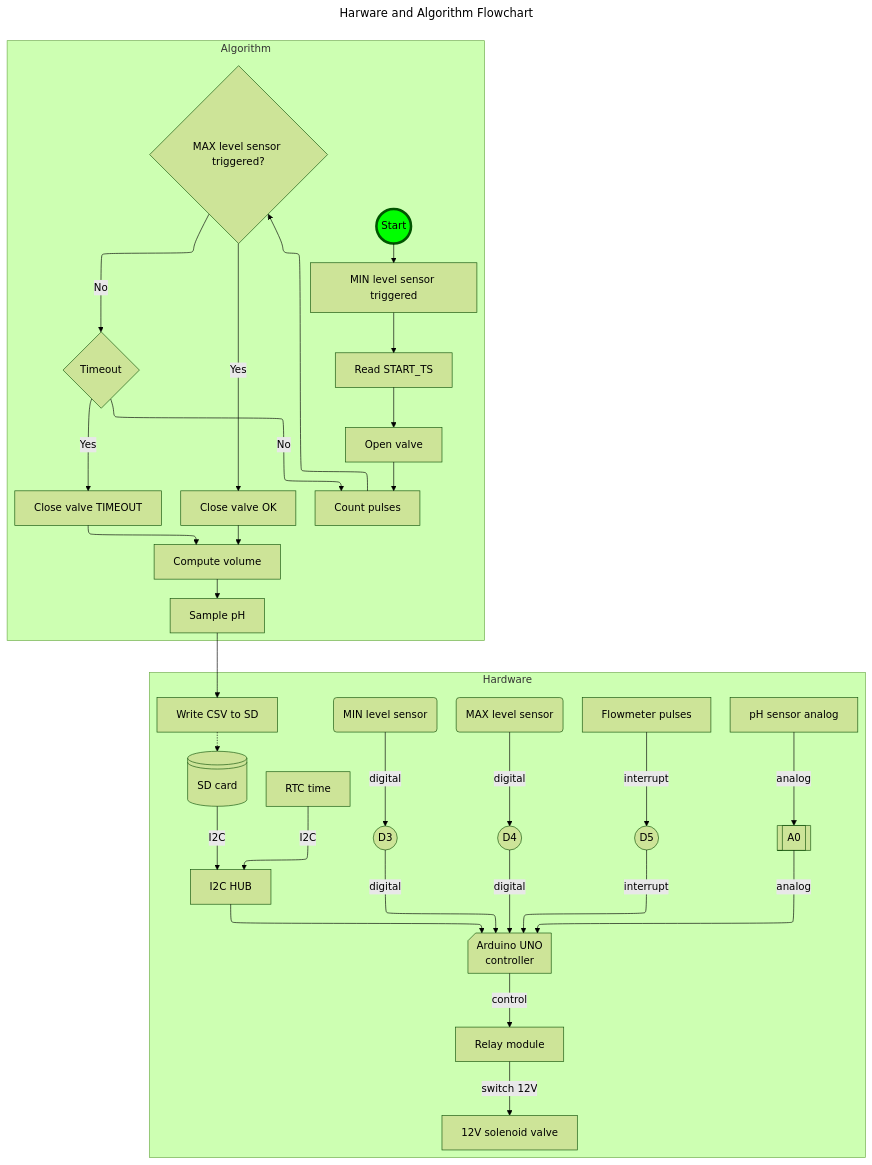
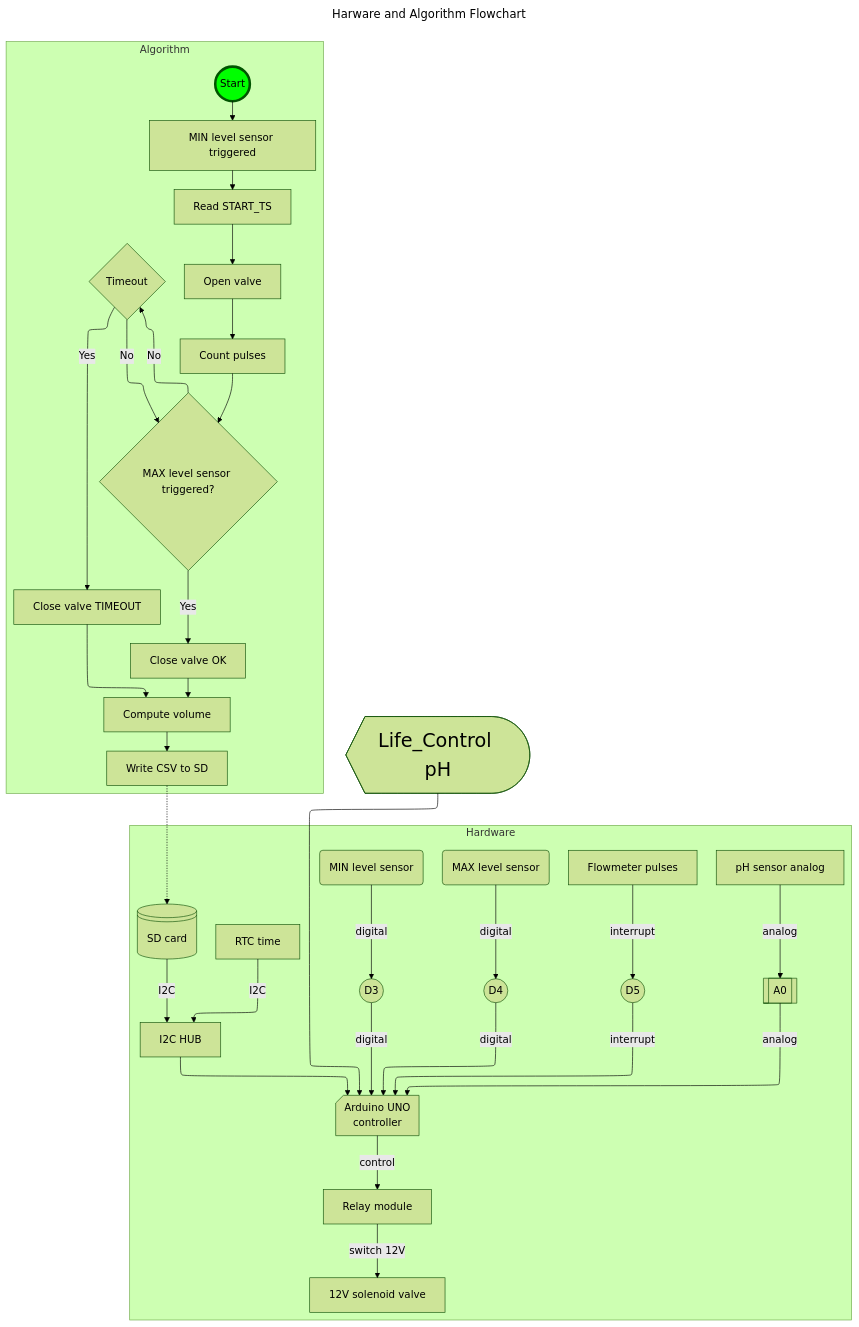
One commit to Mvil34998/Colant-automation changed the diagram in Documentation/Coolant_Control_System_v2_ultra.mmd. Above: the diagram before and after it, drawn with Mermaid (forest theme).

```diff
--- a/Documentation/Coolant_Control_System_v2_ultra.mmd
+++ b/Documentation/Coolant_Control_System_v2_ultra.mmd
@@ -1,88 +1,90 @@
 ---
 title: Harware and Algorithm Flowchart
 config:
   layout: elk
   elk:
     mergeEdges: true
     nodePlacementStrategy: LINEAR_SEGMENTS
-
-
 ---
 
 flowchart
 %%Analog in
     A0[[A0]]
     %%A1[[A1]]
     %%A2[[A2]]
     %%A3[[A3]]
     %%A4[[A4]]
     %%A5[[A5]]
 %%Digital in
     %%D1((D1))
     %%D2((D2))
     D3((D3))
     D4((D4))
     D5((D5))
     %%D6((D6))
     %%D7((D7))
     %%D8((D8))
     %%D9((D9))
     %%D10((D10))
     %%D11((D11))
     %%D12((D12))
 MCU@{shape: card ,label: "Arduino UNO\ncontroller"}
 HWMIN@{shape: event ,label: "MIN level sensor"}
 HWMAX@{shape: event ,label: "MAX level sensor"}
 HWSD@{shape: disk ,label: "SD card"}
 HWFLOW@{shape: ,label: "Flowmeter pulses"}
 HWPH@{shape: ,label: "pH sensor analog"}
 HWRTC@{shape: ,label: "RTC time"}
 I2C@{shape: ,label: "I2C HUB"}
 HWRELAY@{shape: ,label: "Relay module"}
 HWVALVE@{shape: ,label: "12V solenoid valve"}
     subgraph Hardware
         HWMIN -->|digital| D3
         D3-->|digital| MCU
         HWMAX -->|digital| D4
         D4 -->|digital| MCU
         HWFLOW -->|interrupt| D5
         D5 -->|interrupt| MCU
         HWPH -->|analog| A0
         A0 -->|analog| MCU
         HWRTC -->|I2C|I2C
         HWSD -->|I2C| I2C
-        LG8 -..-> HWSD 
+        
         MCU -->|control| HWRELAY
         HWRELAY -->|switch 12V| HWVALVE
         I2C --> MCU
     end
 
 Strat((Start))
 LG1@{shape: ,label: "MIN level sensor triggered"}
 style Strat fill:#0f0,stroke:#050,stroke-width:4px
 LGQ1@{shape: diam ,label: "MAX level sensor triggered?"}
 LG2@{shape: ,label: "Read START_TS"}
 LG3@{shape: ,label: "Open valve"}
 LG4@{shape: ,label: "Count pulses"}
 LGQ2@{shape: diam ,label: "Timeout"}
 LGX@{shape:  ,label: "Close valve TIMEOUT"}
 LG5@{shape:  ,label: "Close valve OK"}
 LG6@{shape:  ,label: "Compute volume"}
-LG7@{shape:  ,label: "Sample pH"}
 LG8@{shape:  ,label: "Write CSV to SD"}
     subgraph Algorithm
         Strat --> LG1
         LG1 --> LG2
         LG2 --> LG3
         LG3 --> LG4
         LG4 --> LGQ1
         LGQ1 -- No --> LGQ2
-        LGQ2 -- No --> LG4 
+        LGQ2 -- No --> LGQ1 
         LGQ2 -- Yes --> LGX
         LGQ1-- Yes --> LG5
         LG5 --> LG6
         LGX --> LG6
-        LG6 --> LG7
-        LG7 --> LG8
+    
+        LG6 --> LG8
+        LG8 -..-> HWSD 
 
     end
+classDef big font-size:30px;
+    LG7@{shape: curv-trap ,label: "Life_Control pH"}
+    class LG7 big;
+    LG7 --> MCU
```
